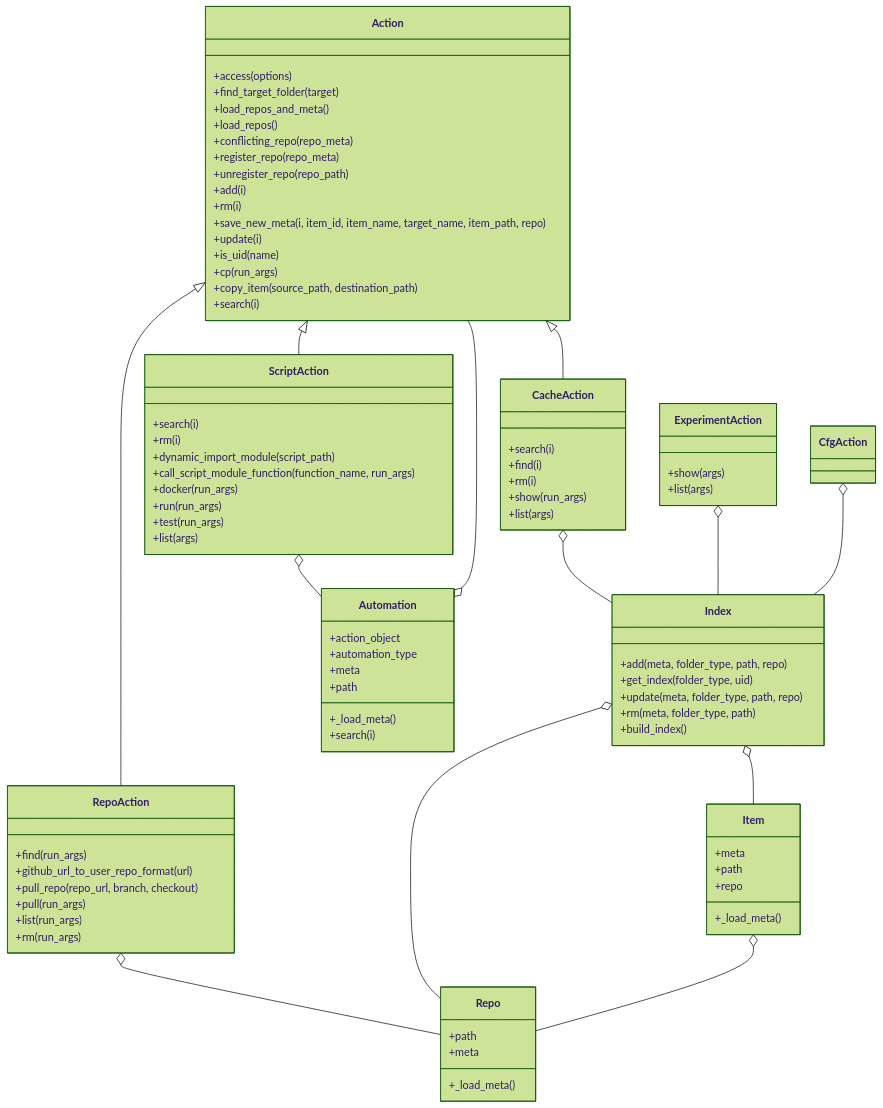
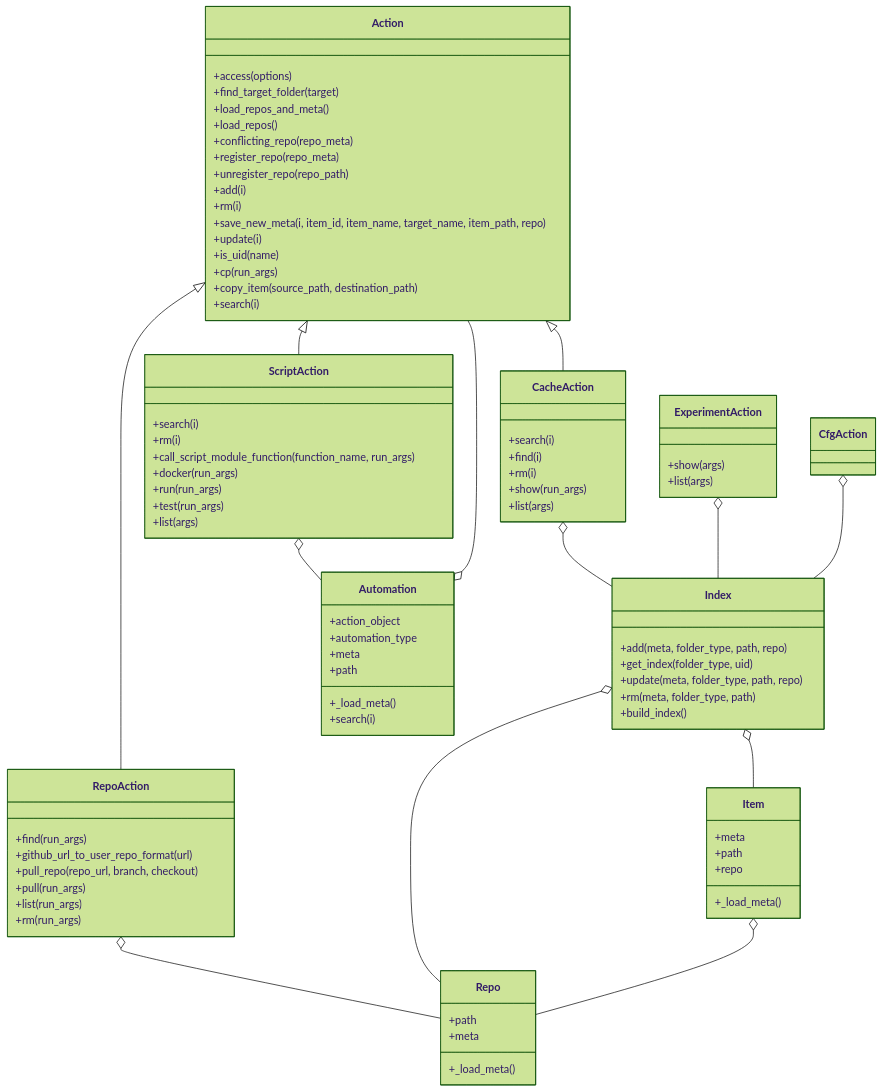
The diagram in README.md (mlcommons/mlcflow), drawn with Mermaid (forest theme) before and after one commit. The commit also changed other lines of this file and 8 other files, not shown here.

```diff
--- a/README.md
+++ b/README.md
@@ -97,7 +97,6 @@
     class ScriptAction {
         +search(i)
         +rm(i)
-        +dynamic_import_module(script_path)
         +call_script_module_function(function_name, run_args)
         +docker(run_args)
         +run(run_args)
```
